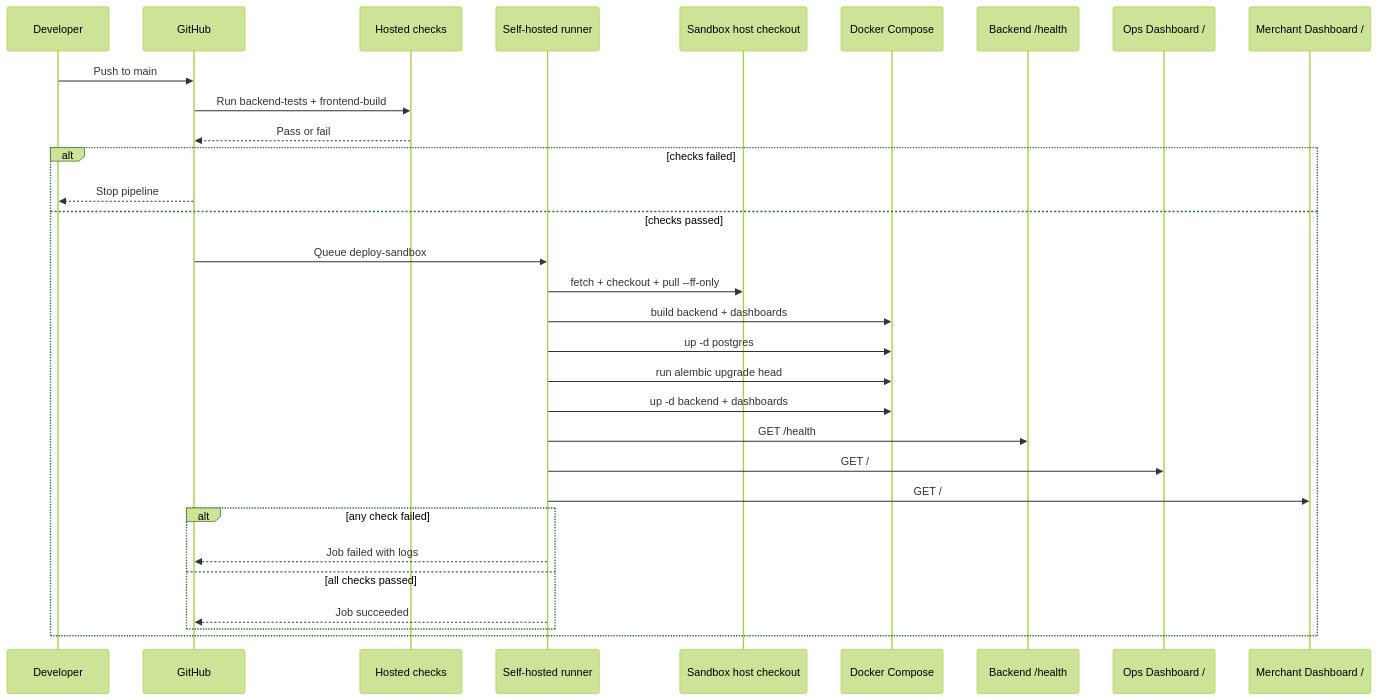
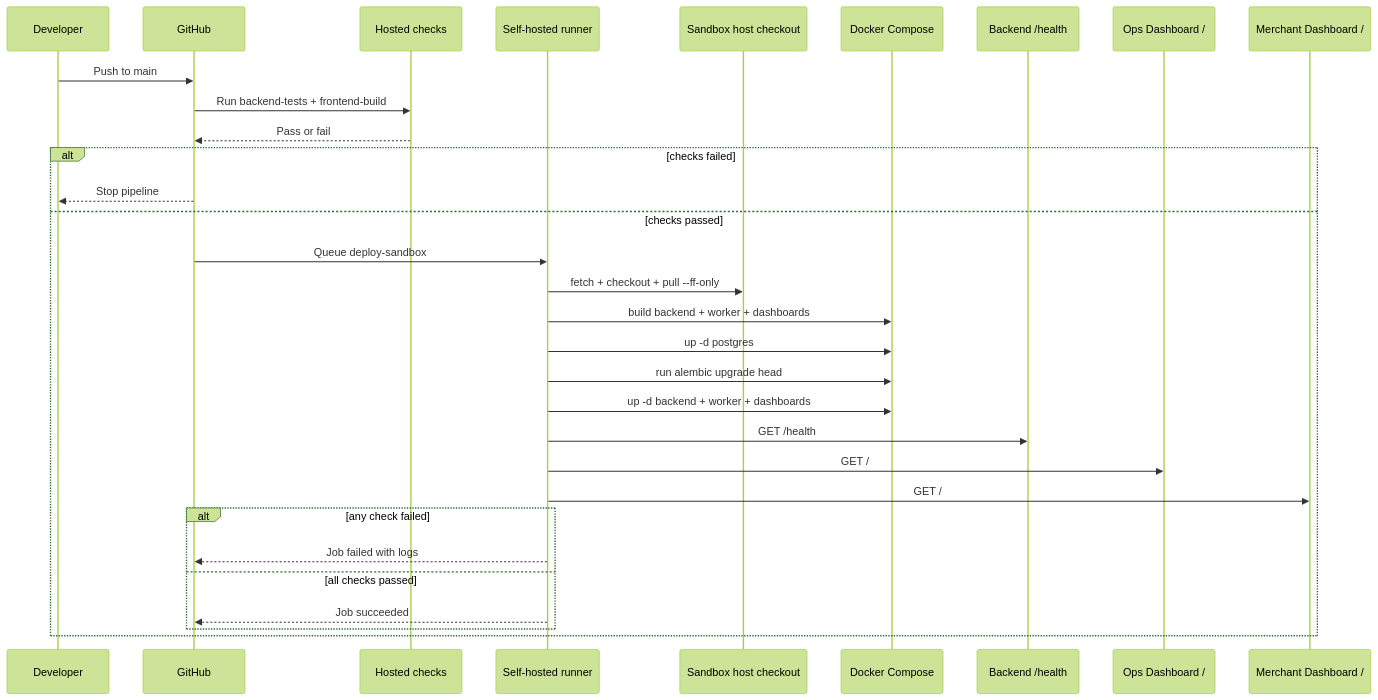
The second of 2 diagrams in docs/infrastructure/devops-architecture.md (biabeogo147/mini-payment-gateway), drawn with Mermaid (forest theme) before and after one commit. The commit also changed other lines of this file and 75 other files, not shown here.

Commit message:
Add pilot VietQR payment flow

````diff
--- a/docs/infrastructure/devops-architecture.md
+++ b/docs/infrastructure/devops-architecture.md
@@ -130,34 +136,34 @@
 ```mermaid
 sequenceDiagram
     participant Dev as Developer
     participant GH as GitHub
     participant Checks as Hosted checks
     participant Runner as Self-hosted runner
     participant Host as Sandbox host checkout
     participant DC as Docker Compose
     participant API as Backend /health
     participant OpsUI as Ops Dashboard /
     participant MerchantUI as Merchant Dashboard /
 
     Dev->>GH: Push to main
     GH->>Checks: Run backend-tests + frontend-build
     Checks-->>GH: Pass or fail
     alt checks failed
         GH-->>Dev: Stop pipeline
     else checks passed
         GH->>Runner: Queue deploy-sandbox
         Runner->>Host: fetch + checkout + pull --ff-only
-        Runner->>DC: build backend + dashboards
+        Runner->>DC: build backend + worker + dashboards
         Runner->>DC: up -d postgres
         Runner->>DC: run alembic upgrade head
-        Runner->>DC: up -d backend + dashboards
+        Runner->>DC: up -d backend + worker + dashboards
         Runner->>API: GET /health
         Runner->>OpsUI: GET /
         Runner->>MerchantUI: GET /
         alt any check failed
             Runner-->>GH: Job failed with logs
         else all checks passed
             Runner-->>GH: Job succeeded
         end
     end
 ```
````
